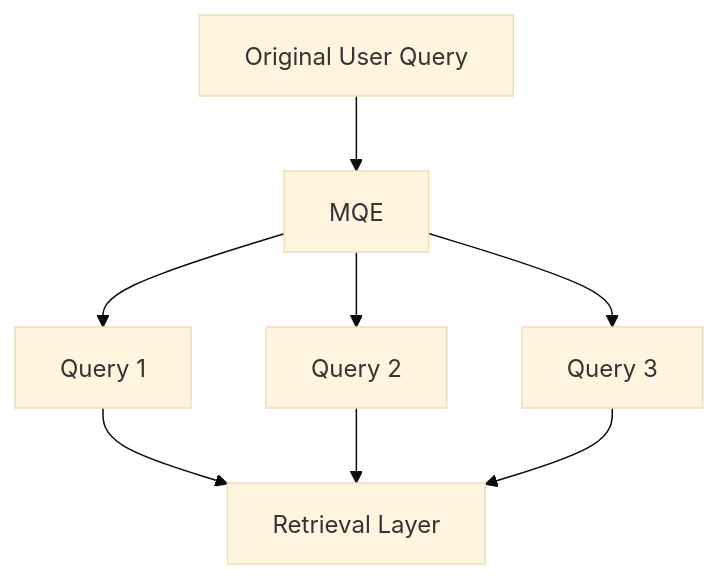
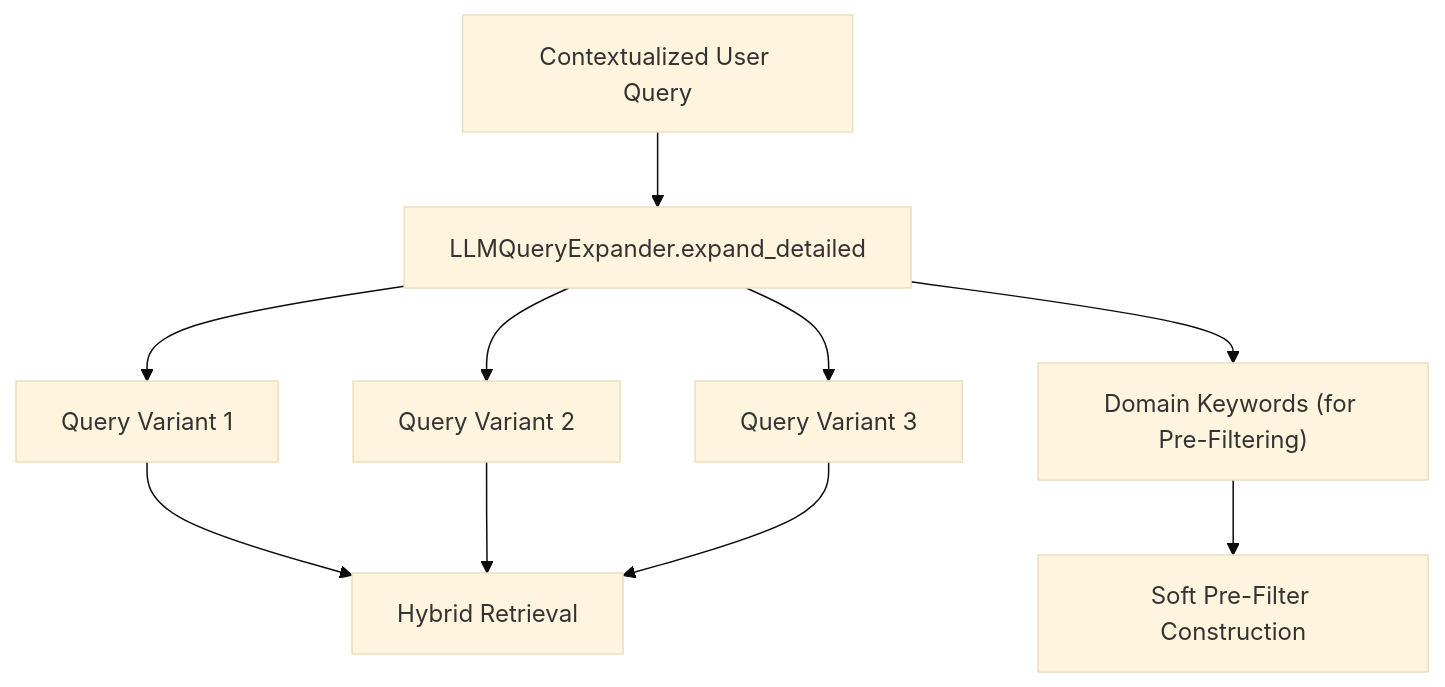
One commit to AdithyaGopakumar/Advanced-RAG-Banking changed the second of 17 diagrams in docs/RAG_DESIGN.md. Above: the diagram before and after it, drawn with Mermaid (base theme). The commit also changed other lines of this file and 8 other files, not shown here.

````diff
--- a/docs/RAG_DESIGN.md
+++ b/docs/RAG_DESIGN.md
@@ -146,11 +145,13 @@
 ```mermaid
 flowchart TD
-    Query["Original User Query"] --> MQE["MQE"]
-    MQE --> Q1["Query 1"]
-    MQE --> Q2["Query 2"]
-    MQE --> Q3["Query 3"]
+    Query["Contextualized User Query"] --> MQE["LLMQueryExpander.expand_detailed"]
+    MQE --> Q1["Query Variant 1"]
+    MQE --> Q2["Query Variant 2"]
+    MQE --> Q3["Query Variant 3"]
+    MQE --> KW["Domain Keywords (for Pre-Filtering)"]
 
-    Q1 --> Retrieval["Retrieval Layer"]
+    Q1 --> Retrieval["Hybrid Retrieval"]
     Q2 --> Retrieval
     Q3 --> Retrieval
+    KW --> PreFilter["Soft Pre-Filter Construction"]
 ```
````
